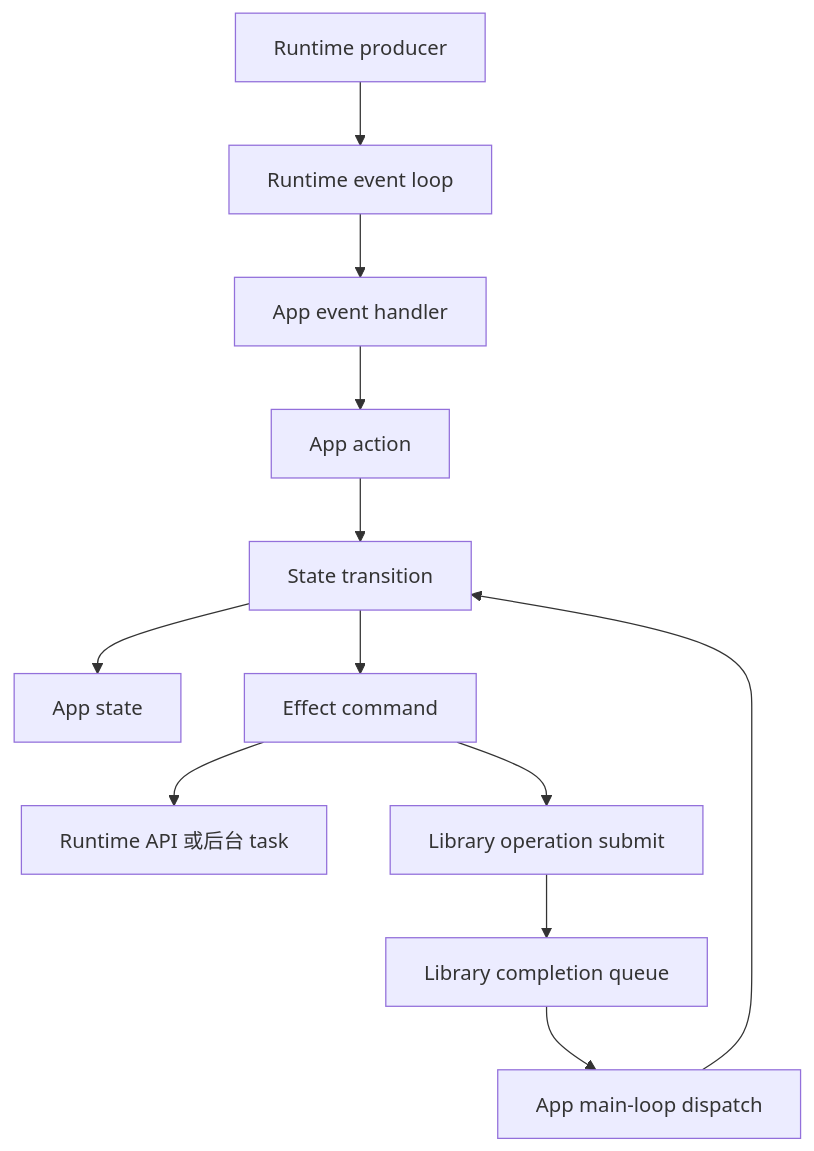
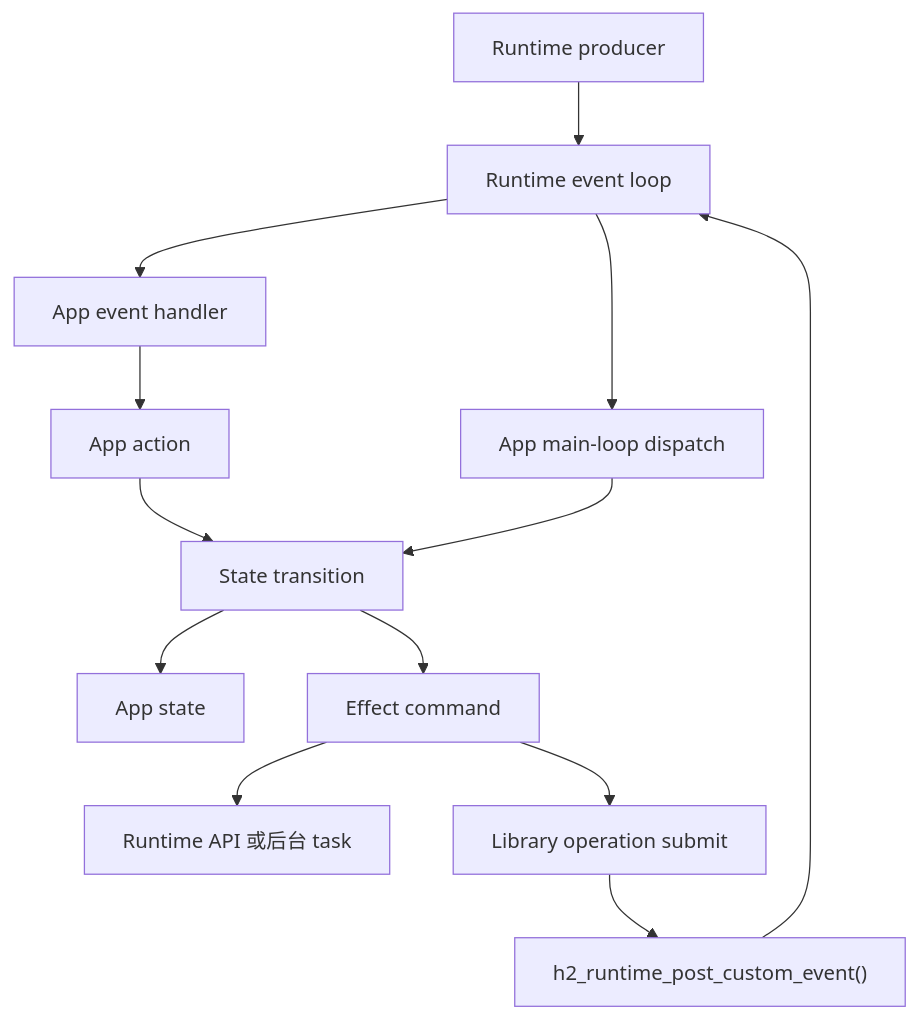
The fourth of 4 diagrams in guides/zh/developing/app/runtime.md (GizClaw/gizos), drawn with Mermaid before and after one commit. The commit also changed other lines of this file and 12 other files, not shown here.

First line of the commit message:
runtime: Add app-owned custom events to the Runtime event queue

````diff
--- a/guides/zh/developing/app/runtime.md
+++ b/guides/zh/developing/app/runtime.md
@@ -217,14 +244,15 @@
 ```mermaid
 flowchart TD
     RuntimeProducer["Runtime producer"] --> RuntimeLoop["Runtime event loop"]
     RuntimeLoop --> Handler["App event handler"]
     Handler --> Action["App action"]
     Action --> Transition["State transition"]
     Transition --> State["App state"]
     Transition --> Effect["Effect command"]
     Effect --> Worker["Runtime API 或后台 task"]
     Effect --> Library["Library operation submit"]
-    Library --> Completion["Library completion queue"]
-    Completion --> Dispatch["App main-loop dispatch"]
+    Library --> Completion["h2_runtime_post_custom_event()"]
+    Completion --> RuntimeLoop
+    RuntimeLoop --> Dispatch["App main-loop dispatch"]
     Dispatch --> Transition
 ```
````
